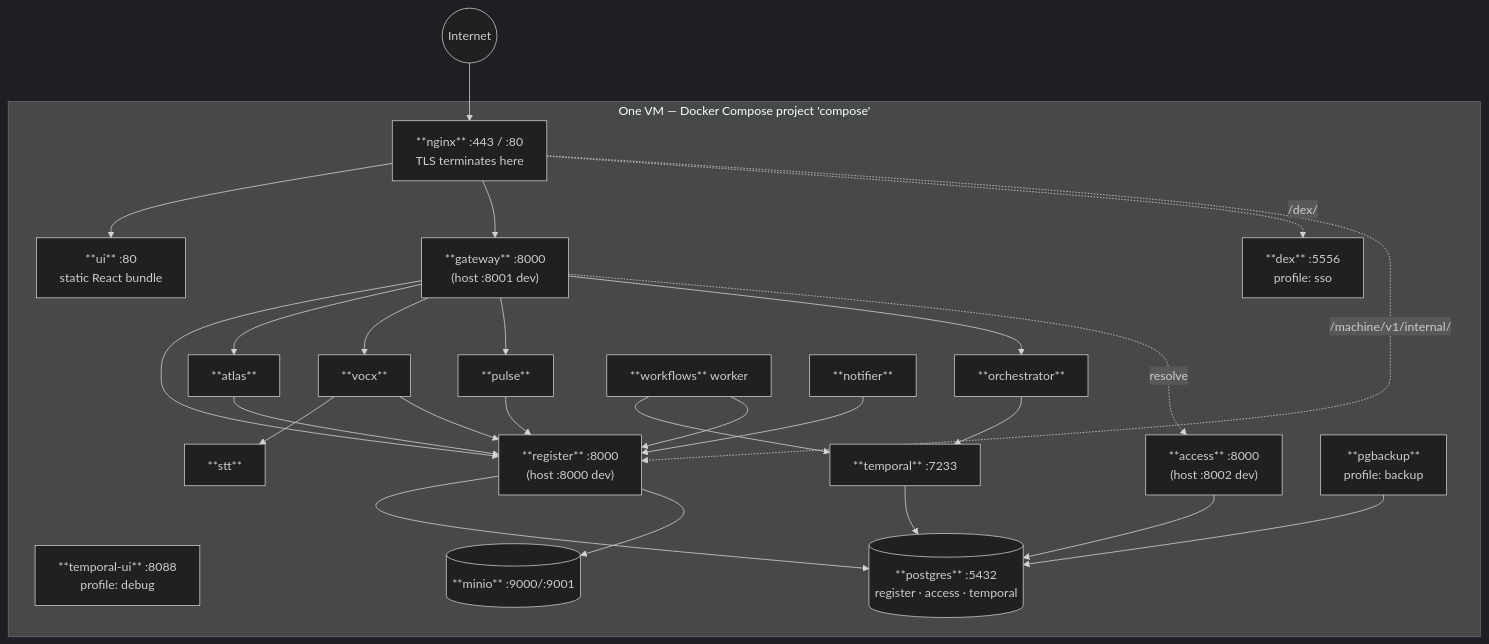
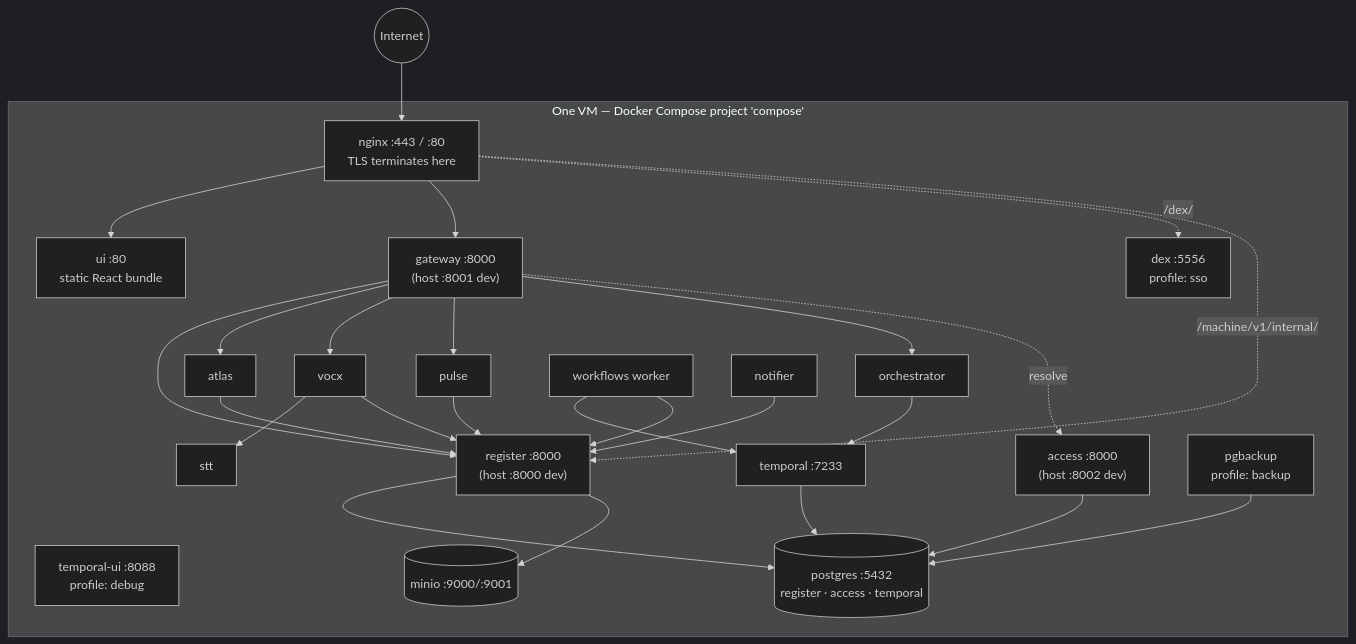
The first of 3 diagrams in docs/handbook/02-DEPLOYMENT-ARCHITECTURE.md (shashikanth-vh/vox), drawn with Mermaid (dark theme) before and after one commit. The commit also changed 11 other files, not shown here.

````diff
--- a/docs/handbook/02-DEPLOYMENT-ARCHITECTURE.md
+++ b/docs/handbook/02-DEPLOYMENT-ARCHITECTURE.md
@@ -20,50 +20,50 @@
 ```mermaid
 flowchart TB
     NET(("Internet"))
 
     subgraph vm["One VM — Docker Compose project 'compose'"]
-        NGINX["**nginx** :443 / :80<br/>TLS terminates here"]
-        UI["**ui** :80<br/>static React bundle"]
-        GW["**gateway** :8000<br/>(host :8001 dev)"]
-        REG["**register** :8000<br/>(host :8000 dev)"]
-        ACC["**access** :8000<br/>(host :8002 dev)"]
-        ATL["**atlas**"]
-        VOX["**vocx**"]
-        STT["**stt**"]
-        PLS["**pulse**"]
-        ORC["**orchestrator**"]
-        WF["**workflows** worker"]
-        NOT["**notifier**"]
-        DEX["**dex** :5556<br/>profile: sso"]
-        TMP["**temporal** :7233"]
-        TUI["**temporal-ui** :8088<br/>profile: debug"]
-        PG[("**postgres** :5432<br/>register · access · temporal")]
-        MIN[("**minio** :9000/:9001")]
-        BAK["**pgbackup**<br/>profile: backup"]
+        NGINX["nginx :443 / :80<br/>TLS terminates here"]
+        UI["ui :80<br/>static React bundle"]
+        GW["gateway :8000<br/>(host :8001 dev)"]
+        REG["register :8000<br/>(host :8000 dev)"]
+        ACC["access :8000<br/>(host :8002 dev)"]
+        ATL["atlas"]
+        VOX["vocx"]
+        STT["stt"]
+        PLS["pulse"]
+        ORC["orchestrator"]
+        WF["workflows worker"]
+        NOT["notifier"]
+        DEX["dex :5556<br/>profile: sso"]
+        TMP["temporal :7233"]
+        TUI["temporal-ui :8088<br/>profile: debug"]
+        PG[("postgres :5432<br/>register · access · temporal")]
+        MIN[("minio :9000/:9001")]
+        BAK["pgbackup<br/>profile: backup"]
     end
 
     NET --> NGINX
     NGINX --> UI
     NGINX --> GW
     NGINX -.->|"/dex/"| DEX
     NGINX -.->|"/machine/v1/internal/"| REG
     GW --> REG
     GW --> ATL
     GW --> VOX
     GW --> PLS
     GW --> ORC
     GW -.resolve.-> ACC
     VOX --> STT
     VOX --> REG
     ATL --> REG
     PLS --> REG
     ORC --> TMP
     WF --> TMP
     WF --> REG
     NOT --> REG
     REG --> PG
     REG --> MIN
     ACC --> PG
     TMP --> PG
     BAK --> PG
 ```
````
